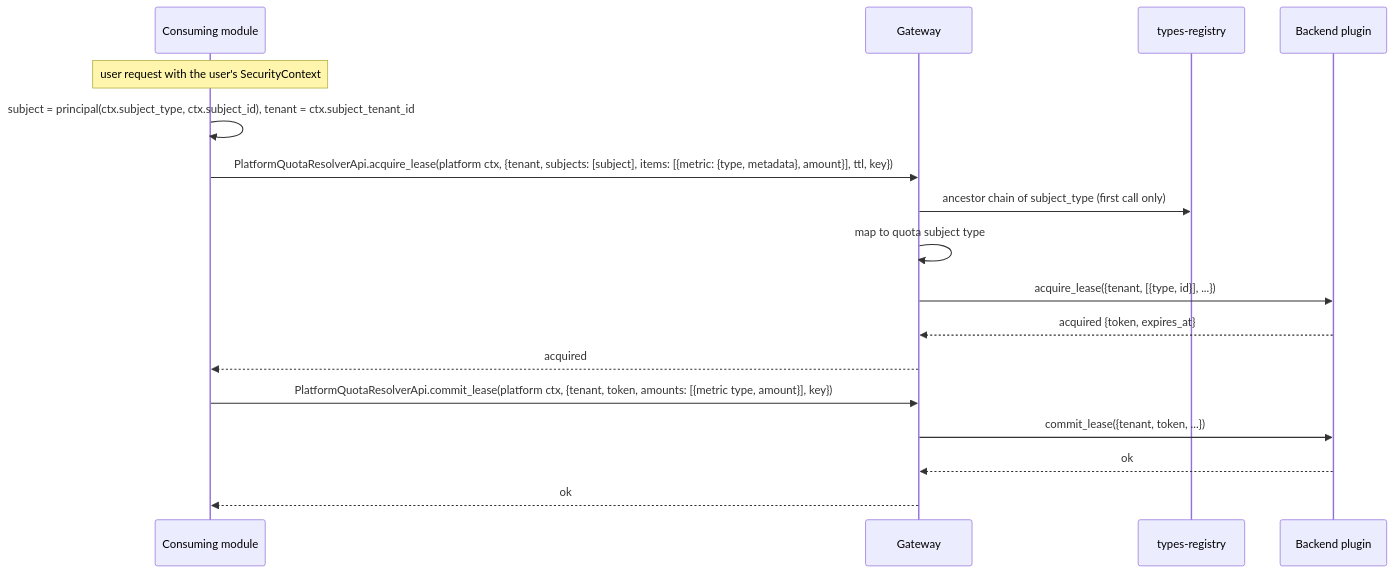
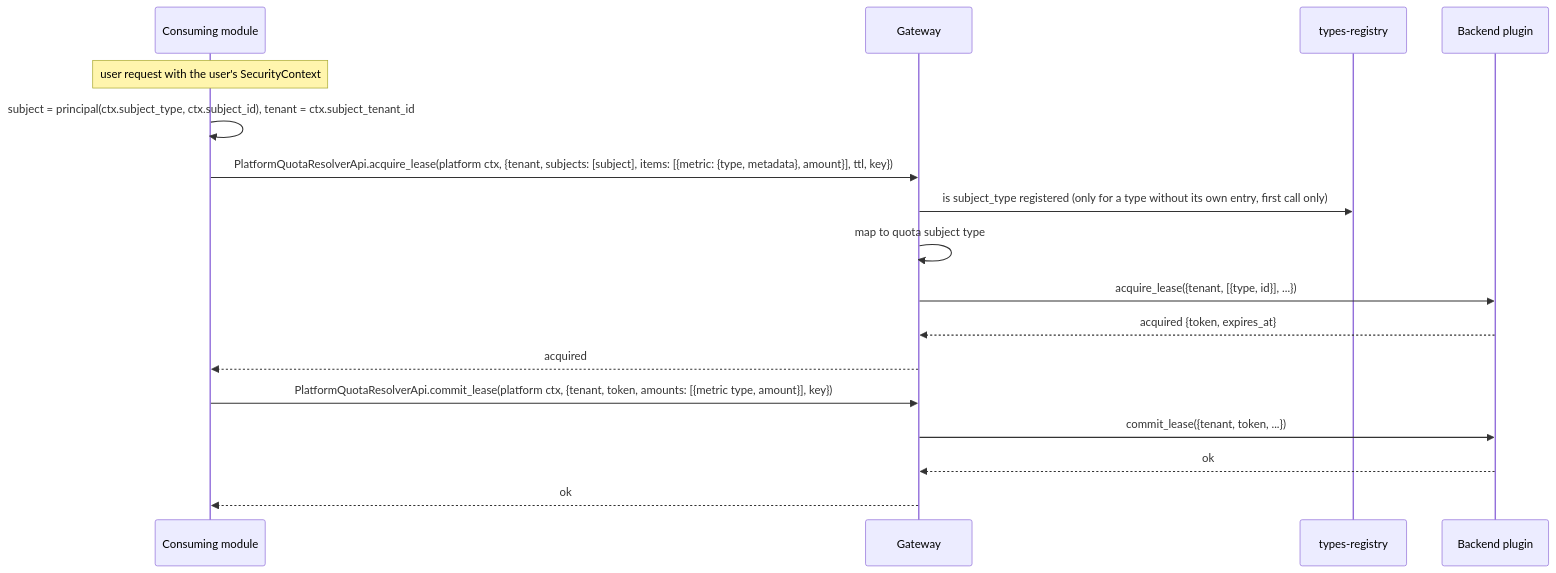
One commit to constructorfabric/gears-rust changed the second of 4 diagrams in gears/system/quota-resolver/docs/DESIGN.md. Above: the diagram before and after it, drawn with Mermaid. The commit also changed other lines of this file and 285 other files, not shown here.

````diff
--- a/gears/system/quota-resolver/docs/DESIGN.md
+++ b/gears/system/quota-resolver/docs/DESIGN.md
@@ -464,19 +478,19 @@
 ```mermaid
 sequenceDiagram
     participant M as Consuming module
     participant G as Gateway
     participant R as types-registry
     participant A as Backend plugin
     Note over M: user request with the user's SecurityContext
     M->>M: subject = principal(ctx.subject_type, ctx.subject_id), tenant = ctx.subject_tenant_id
     M->>G: PlatformQuotaResolverApi.acquire_lease(platform ctx, {tenant, subjects: [subject], items: [{metric: {type, metadata}, amount}], ttl, key})
-    G->>R: ancestor chain of subject_type (first call only)
+    G->>R: is subject_type registered (only for a type without its own entry, first call only)
     G->>G: map to quota subject type
     G->>A: acquire_lease({tenant, [{type, id}], ...})
     A-->>G: acquired {token, expires_at}
     G-->>M: acquired
     M->>G: PlatformQuotaResolverApi.commit_lease(platform ctx, {tenant, token, amounts: [{metric type, amount}], key})
     G->>A: commit_lease({tenant, token, ...})
     A-->>G: ok
     G-->>M: ok
 ```
````
